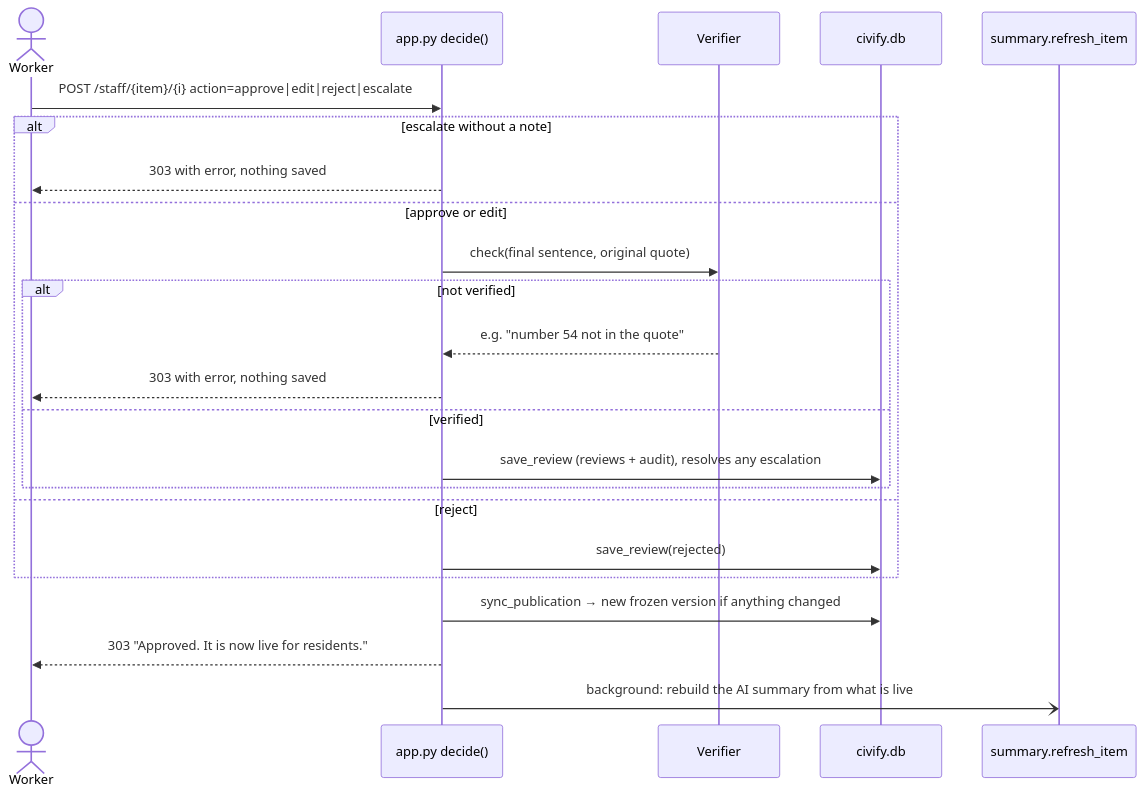
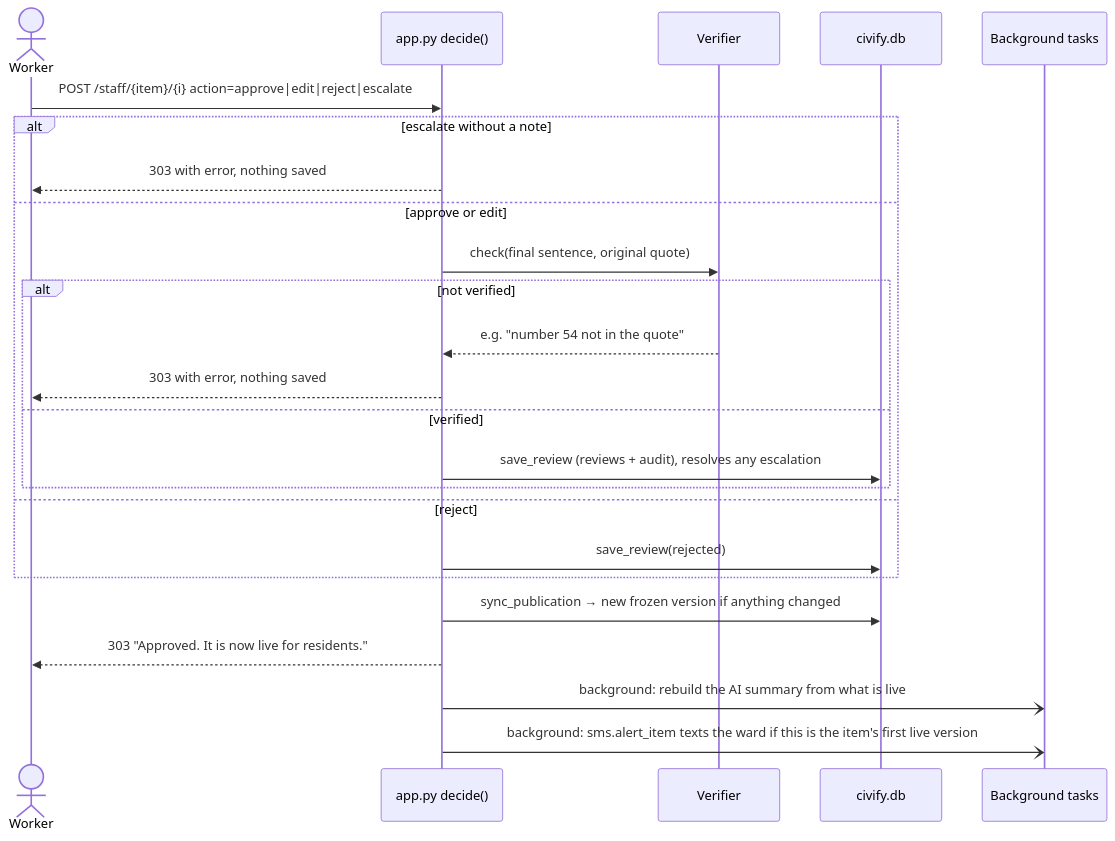
The seventh of 7 diagrams in docs/architecture.md (opkirat/Civify), drawn with Mermaid before and after one commit. The commit also changed other lines of this file and 12 other files, not shown here.

Commit message:
Text alerts go out automatically: catch-up on sign-up, ward alert when an item first goes live, city-wide items to everyone

````diff
--- a/docs/architecture.md
+++ b/docs/architecture.md
@@ -301,25 +303,26 @@
 ```mermaid
 sequenceDiagram
   actor W as Worker
   participant A as app.py decide()
   participant V as Verifier
   participant DB as civify.db
-  participant S as summary.refresh_item
+  participant S as Background tasks
   W->>A: POST /staff/{item}/{i} action=approve|edit|reject|escalate
   alt escalate without a note
     A-->>W: 303 with error, nothing saved
   else approve or edit
     A->>V: check(final sentence, original quote)
     alt not verified
       V-->>A: e.g. "number 54 not in the quote"
       A-->>W: 303 with error, nothing saved
     else verified
       A->>DB: save_review (reviews + audit), resolves any escalation
     end
   else reject
     A->>DB: save_review(rejected)
   end
   A->>DB: sync_publication → new frozen version if anything changed
   A-->>W: 303 "Approved. It is now live for residents."
   A-)S: background: rebuild the AI summary from what is live
+  A-)S: background: sms.alert_item texts the ward if this is the item's first live version
 ```
````
